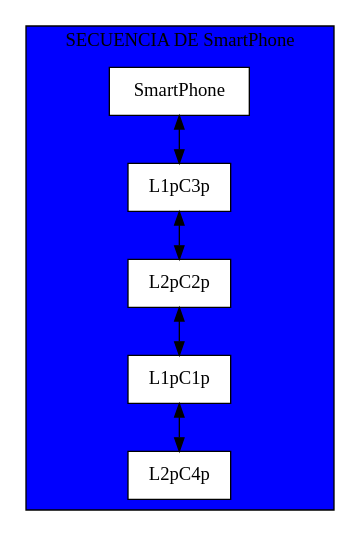
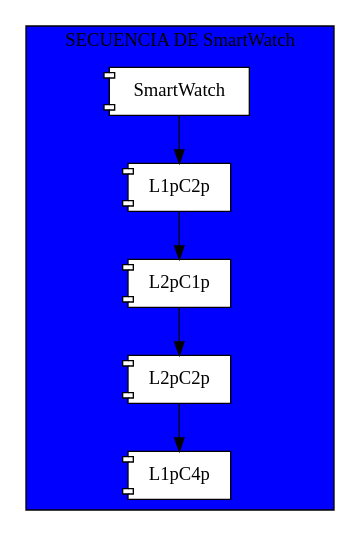
One commit to dack10/IPC2_Proyecto2_201213092 changed the diagram in graphviz.dot. Above: the diagram before and after it, drawn with Graphviz. The commit also changed 14 other files, not shown here.

```diff
--- a/graphviz.dot
+++ b/graphviz.dot
@@ -1,24 +1,24 @@
 
         digraph L{
-        node[shape=box fillcolor="white" style =filled]
+        node[shape=component fillcolor="white" style =filled]
     
         subgraph cluster_p{
-        label= "SECUENCIA DE SmartPhone " 
+        label= "SECUENCIA DE SmartWatch " 
         bgcolor = "blue"
-        raiz[label =SmartPhone]
-        edge[dir = "both"]
+        raiz[label =SmartWatch]
+        edge[dir = "forward"]
         /*Aqui creamos las cabeceras
         de las filas*/
-        Fila1[label=" L1pC3p",group=1];
-        Fila2[label=" L2pC2p",group=1];
-        Fila3[label=" L1pC1p",group=1];
-        Fila4[label=" L2pC4p",group=1];
+        Fila1[label=" L1pC2p",group=1];
+        Fila2[label=" L2pC1p",group=1];
+        Fila3[label=" L2pC2p",group=1];
+        Fila4[label=" L1pC4p",group=1];
         Fila1->Fila2
             
         Fila2->Fila3
             
         Fila3->Fila4
             
         raiz->Fila1;
         }
         }
```
